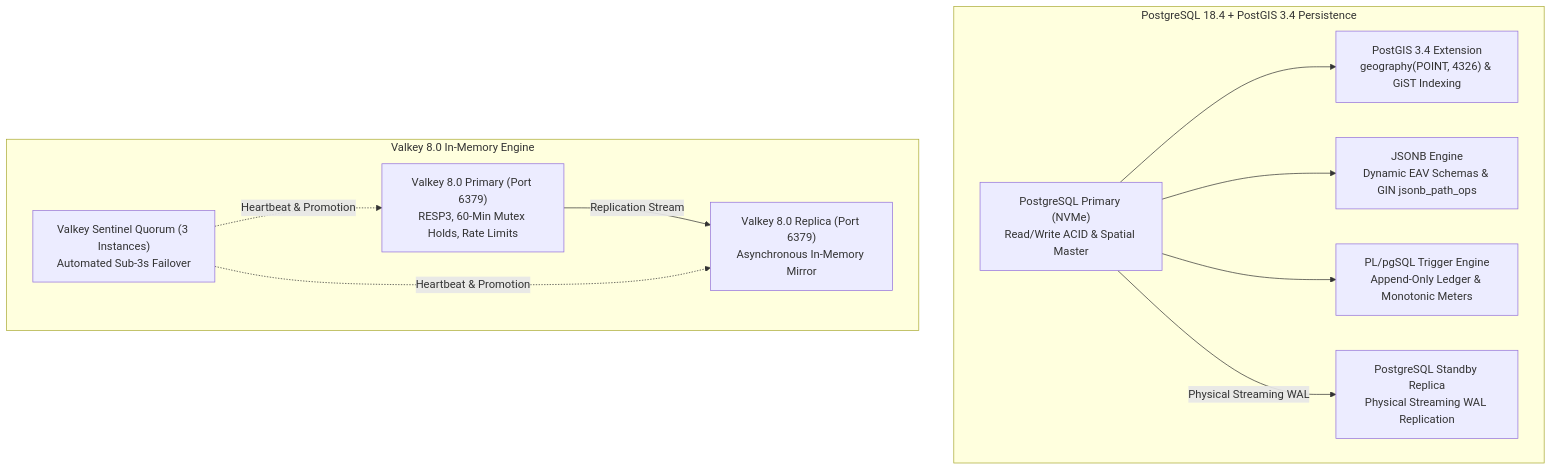
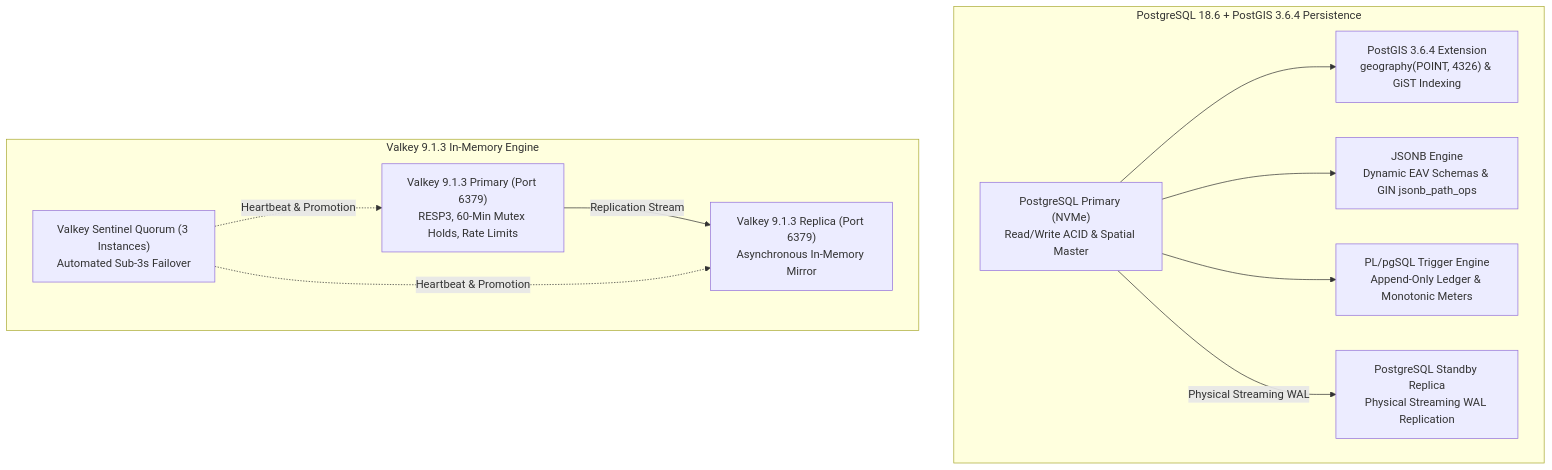
One commit to YDink/Heavy-Machinery-Logistics-Rental changed the third of 9 diagrams in docs/shared/architecture/14-appendix-full-technology-stack.md. Above: the diagram before and after it, drawn with Mermaid. The commit also changed other lines of this file and 212 other files, not shown here.

````diff
--- a/docs/shared/architecture/14-appendix-full-technology-stack.md
+++ b/docs/shared/architecture/14-appendix-full-technology-stack.md
@@ -144,25 +144,25 @@
 ```mermaid
 flowchart TD
-    subgraph PostgreSQLCluster [PostgreSQL 18.4 + PostGIS 3.4 Persistence]
+    subgraph PostgreSQLCluster [PostgreSQL 18.6 + PostGIS 3.6.4 Persistence]
         PGPrimary["PostgreSQL Primary (NVMe)<br/>Read/Write ACID & Spatial Master"]
         PGStandby["PostgreSQL Standby Replica<br/>Physical Streaming WAL Replication"]
-        PostGIS["PostGIS 3.4 Extension<br/>geography(POINT, 4326) & GiST Indexing"]
+        PostGIS["PostGIS 3.6.4 Extension<br/>geography(POINT, 4326) & GiST Indexing"]
         JSONBEngine["JSONB Engine<br/>Dynamic EAV Schemas & GIN jsonb_path_ops"]
         TriggerEngine["PL/pgSQL Trigger Engine<br/>Append-Only Ledger & Monotonic Meters"]
 
         PGPrimary --> PostGIS
         PGPrimary --> JSONBEngine
         PGPrimary --> TriggerEngine
         PGPrimary -->|Physical Streaming WAL| PGStandby
     end
 
-    subgraph ValkeyCluster [Valkey 8.0 In-Memory Engine]
-        ValkeyMaster["Valkey 8.0 Primary (Port 6379)<br/>RESP3, 60-Min Mutex Holds, Rate Limits"]
-        ValkeyReplica["Valkey 8.0 Replica (Port 6379)<br/>Asynchronous In-Memory Mirror"]
+    subgraph ValkeyCluster [Valkey 9.1.3 In-Memory Engine]
+        ValkeyMaster["Valkey 9.1.3 Primary (Port 6379)<br/>RESP3, 60-Min Mutex Holds, Rate Limits"]
+        ValkeyReplica["Valkey 9.1.3 Replica (Port 6379)<br/>Asynchronous In-Memory Mirror"]
         ValkeySentinel["Valkey Sentinel Quorum (3 Instances)<br/>Automated Sub-3s Failover"]
 
         ValkeyMaster -->|Replication Stream| ValkeyReplica
         ValkeySentinel -.->|Heartbeat & Promotion| ValkeyMaster
         ValkeySentinel -.->|Heartbeat & Promotion| ValkeyReplica
     end
 ```
````
